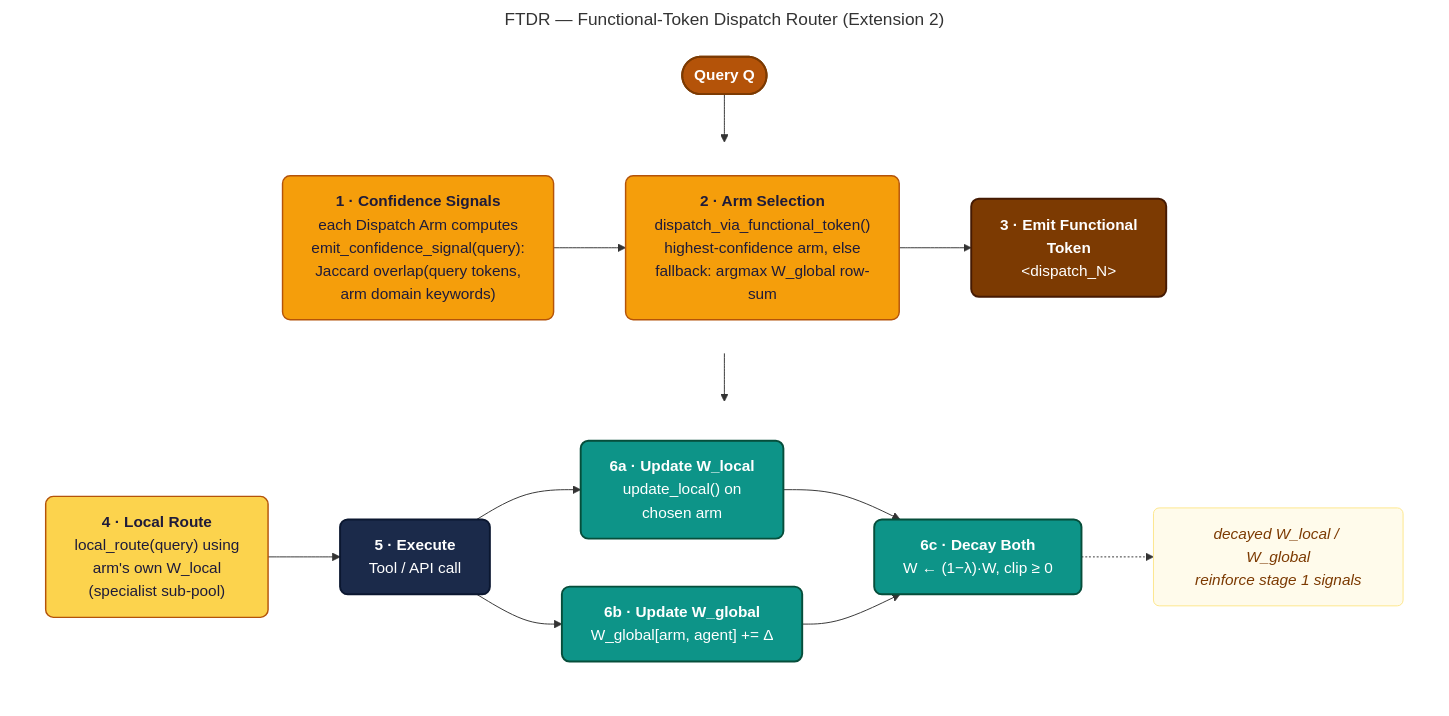
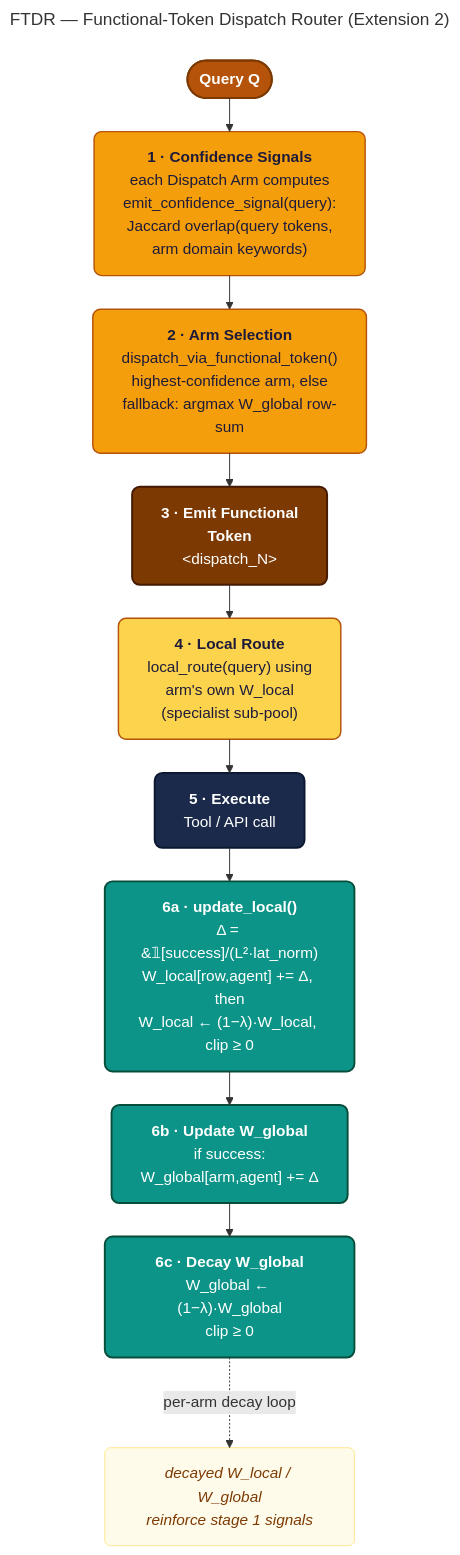
The fourth of 4 diagrams in README.md (joyjeni/aprr-multi-agent-routing), drawn with Mermaid before and after one commit. The commit also changed other lines of this file and 8 other files, not shown here.

````diff
--- a/README.md
+++ b/README.md
@@ -193,43 +161,30 @@
 ```mermaid
 ---
 title: FTDR — Functional-Token Dispatch Router (Extension 2)
+config:
+  layout: elk
 ---
 flowchart TD
     Q(["<b>Query Q</b>"]):::input
+    SIG["<b>1 · Confidence Signals</b><br/>each Dispatch Arm computes<br/>emit_confidence_signal(query):<br/>Jaccard overlap(query tokens,<br/>arm domain keywords)"]:::deep
+    PICK["<b>2 · Arm Selection</b><br/>dispatch_via_functional_token()<br/>highest-confidence arm, else<br/>fallback: argmax W_global row-sum"]:::deep
+    TOK["<b>3 · Emit Functional<br/>Token</b><br/>&lt;dispatch_N&gt;"]:::token
+    LR1["<b>4 · Local Route</b><br/>local_route(query) using<br/>arm's own W_local<br/>(specialist sub-pool)"]:::deep2
+    EXEC["<b>5 · Execute</b><br/>Tool / API call"]:::exec
+    U1["<b>6a · update_local()</b><br/>&Delta; = &#120793;[success]/(L&sup2;&middot;lat_norm)<br/>W_local[row,agent] += &Delta;, then<br/>W_local &larr; (1&minus;&lambda;)&middot;W_local, clip &ge; 0"]:::update
+    U2["<b>6b · Update W_global</b><br/>if success:<br/>W_global[arm,agent] += &Delta;"]:::update
+    U3["<b>6c · Decay W_global</b><br/>W_global &larr; (1&minus;&lambda;)&middot;W_global<br/>clip &ge; 0"]:::update
+    NOTE["<i>decayed W_local / W_global<br/>reinforce stage 1 signals</i>"]:::note
 
-    subgraph ROW1[" "]
-        direction LR
-        SIG["<b>1 &middot; Confidence Signals</b><br/>each Dispatch Arm computes<br/>emit_confidence_signal(query):<br/>Jaccard overlap(query tokens,<br/>arm domain keywords)"]:::deep
-        PICK["<b>2 &middot; Arm Selection</b><br/>dispatch_via_functional_token()<br/>highest-confidence arm, else<br/>fallback: argmax W_global row-sum"]:::deep
-        TOK["<b>3 &middot; Emit Functional<br/>Token</b><br/>&lt;dispatch_N&gt;"]:::token
-        SIG --> PICK --> TOK
-    end
-
-    subgraph ROW2[" "]
-        direction LR
-        LR1["<b>4 &middot; Local Route</b><br/>local_route(query) using<br/>arm's own W_local<br/>(specialist sub-pool)"]:::deep2
-        EXEC["<b>5 &middot; Execute</b><br/>Tool / API call"]:::exec
-        U1["<b>6a &middot; Update W_local</b><br/>update_local() on<br/>chosen arm"]:::update
-        U2["<b>6b &middot; Update W_global</b><br/>W_global[arm, agent] += &Delta;"]:::update
-        U3["<b>6c &middot; Decay Both</b><br/>W &larr; (1&minus;&lambda;)&middot;W, clip &ge; 0"]:::update
-        NOTE["<i>decayed W_local / W_global<br/>reinforce stage 1 signals</i>"]:::note
-        LR1 --> EXEC --> U1
-        EXEC --> U2
-        U1 --> U3
-        U2 --> U3
-        U3 -.-> NOTE
-    end
-
-    Q --> SIG
-    TOK --> LR1
+    Q --> SIG --> PICK --> TOK --> LR1 --> EXEC
+    EXEC --> U1 --> U2 --> U3
+    U3 -.->|"per-arm decay loop"| NOTE
 
     classDef input fill:#B45309,color:#ffffff,stroke:#7C3A02,stroke-width:2px,rx:8,ry:8
     classDef deep fill:#F59E0B,color:#1E1B3A,stroke:#B45309,stroke-width:1.5px,rx:8,ry:8
     classDef token fill:#7C3A02,color:#ffffff,stroke:#451A03,stroke-width:2px,rx:8,ry:8
     classDef deep2 fill:#FCD34D,color:#1E1B3A,stroke:#B45309,stroke-width:1.5px,rx:8,ry:8
     classDef exec fill:#1B2A4A,color:#ffffff,stroke:#0B1730,stroke-width:2px,rx:8,ry:8
     classDef update fill:#0D9488,color:#ffffff,stroke:#064E3B,stroke-width:2px,rx:8,ry:8
     classDef note fill:#FFFBEB,color:#7C3A02,stroke:#FDE68A,stroke-width:1px,rx:6,ry:6
-    style ROW1 fill:none,stroke:none
-    style ROW2 fill:none,stroke:none
 ```
````
